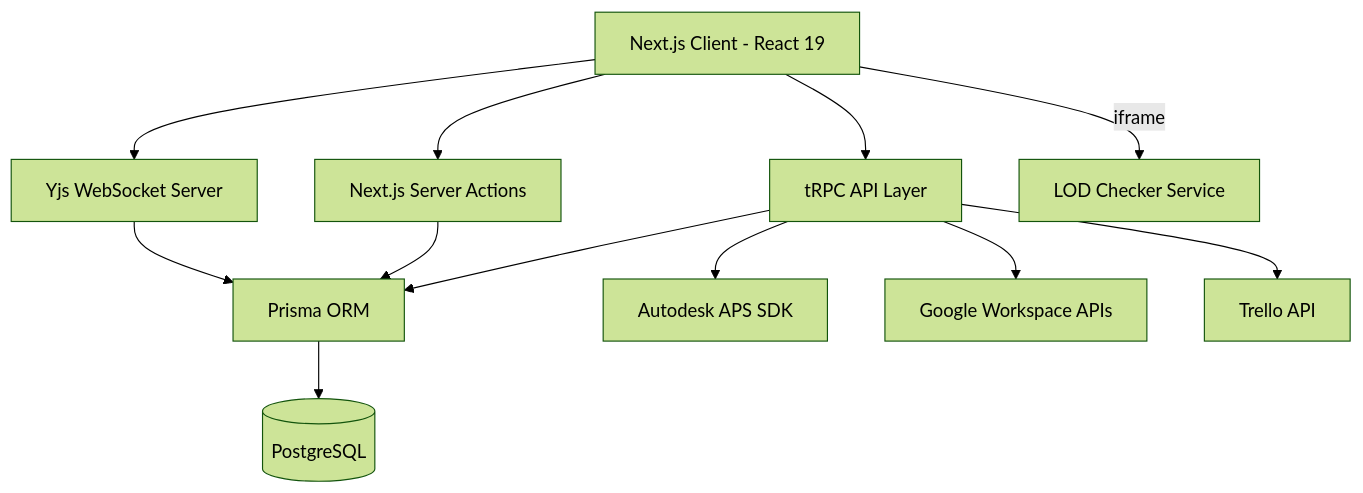
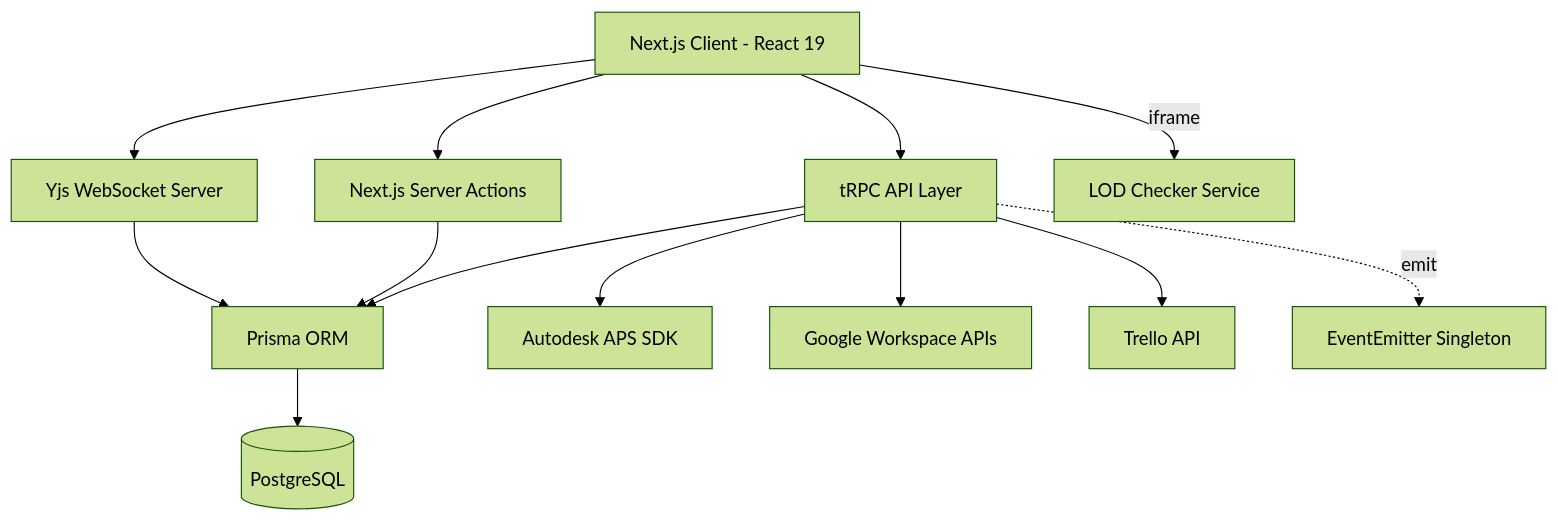
One commit to lecgarq/Dashboard changed the diagram in .gsd/ARCHITECTURE.md. Above: the diagram before and after it, drawn with Mermaid (forest theme). The commit also changed other lines of this file and 2 other files, not shown here.

````diff
--- a/.gsd/ARCHITECTURE.md
+++ b/.gsd/ARCHITECTURE.md
@@ -11,25 +11,27 @@
 ```mermaid
 graph TD
     Client[Next.js Client - React 19]
     TRPC[tRPC API Layer]
     Actions[Next.js Server Actions]
     Prisma[Prisma ORM]
     DB[(PostgreSQL)]
     APS[Autodesk APS SDK]
     Google[Google Workspace APIs]
     Trello[Trello API]
     Yjs[Yjs WebSocket Server]
     LOD[LOD Checker Service]
+    Events[EventEmitter Singleton]
 
     Client --> TRPC
     Client --> Actions
     Client --> Yjs
     Client -- iframe --> LOD
     TRPC --> Prisma
     Actions --> Prisma
     Prisma --> DB
     TRPC --> APS
     TRPC --> Google
     TRPC --> Trello
+    TRPC -. emit .-> Events
     Yjs --> Prisma
 ```
````
